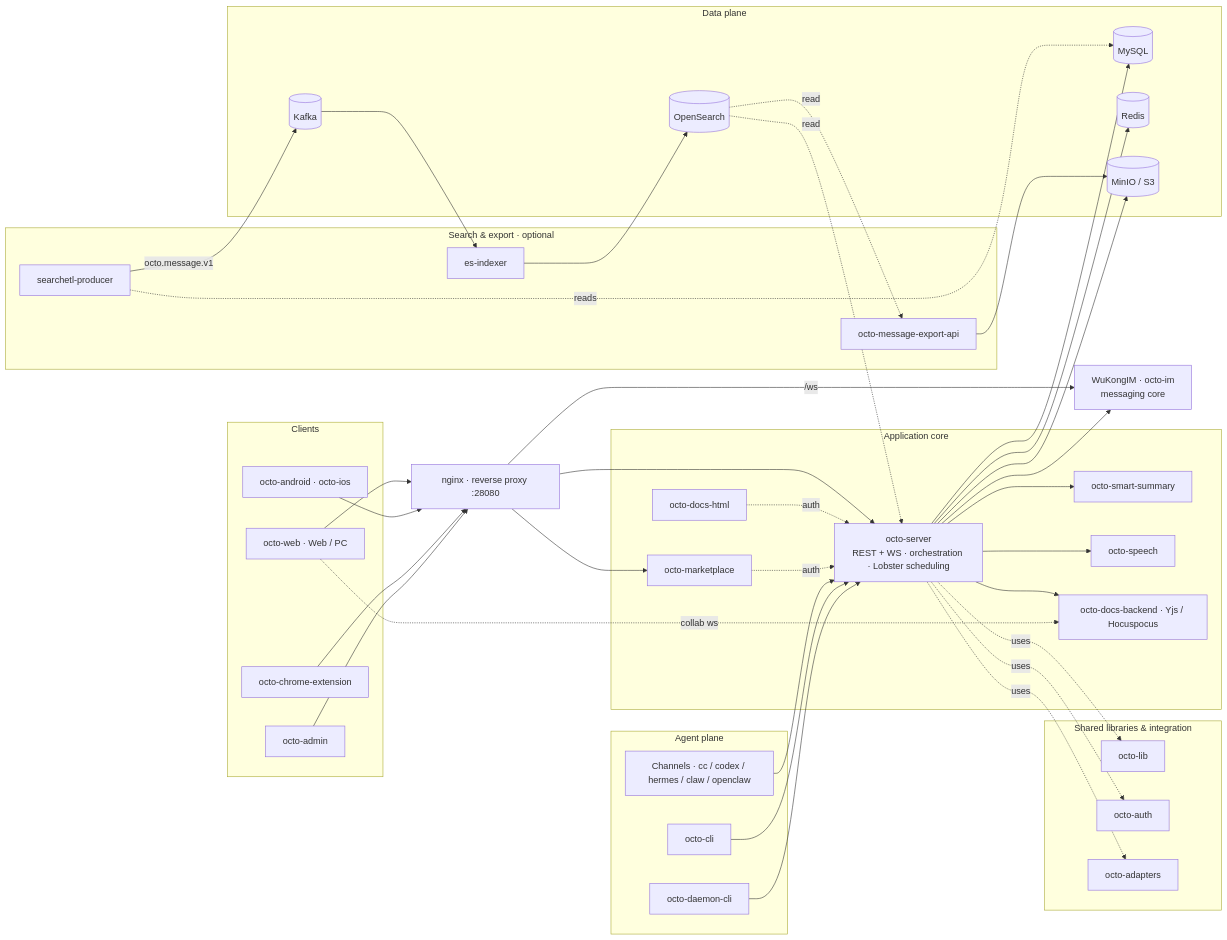
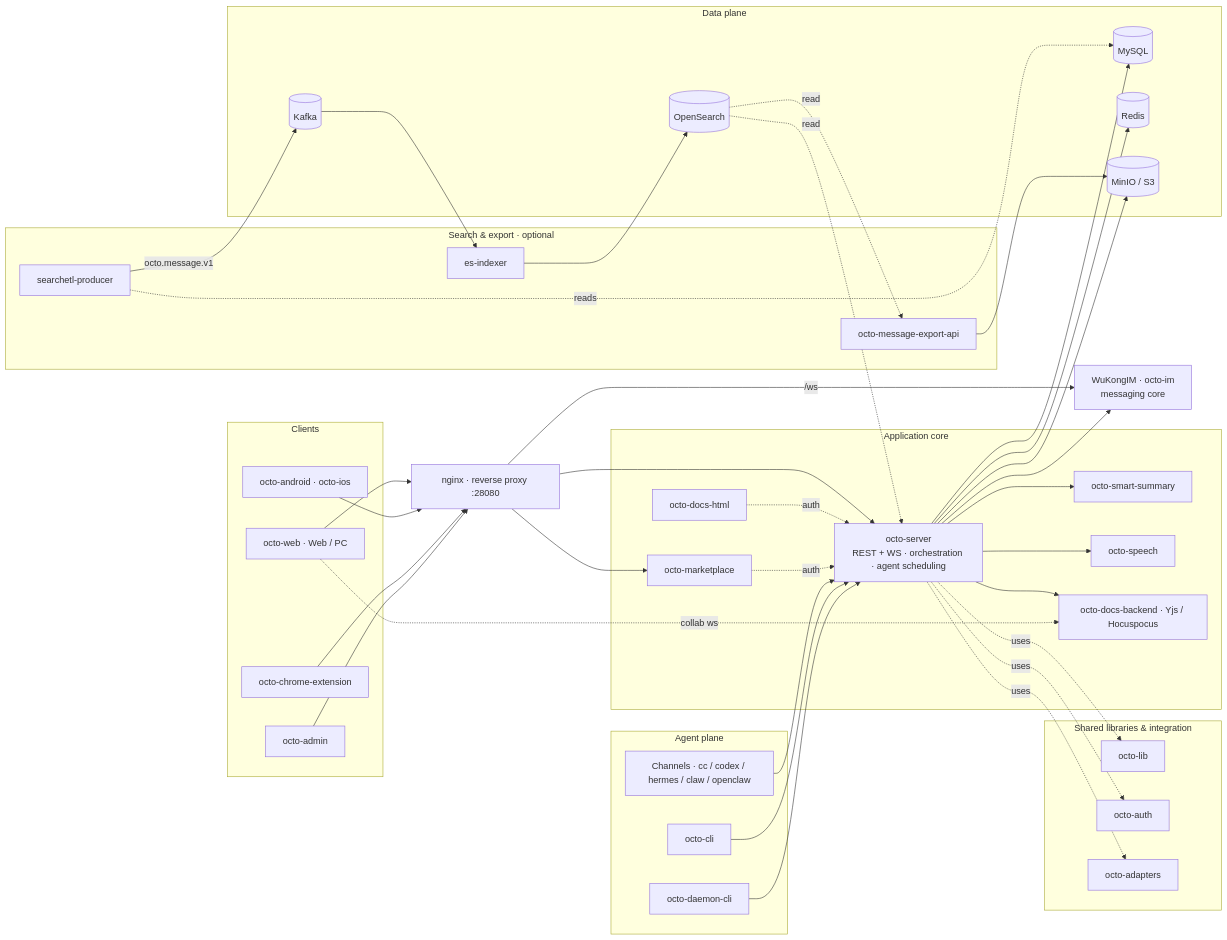
The diagram in concepts/architecture-overview.mdx (Mininglamp-OSS/octo-docs), drawn with Mermaid before and after one commit. The commit also changed other lines of this file and 38 other files, not shown here.

First line of the commit message:
docs: retire Lobster/Bot → Agent model (Phase 1: conceptual core) (#30)

````diff
--- a/concepts/architecture-overview.mdx
+++ b/concepts/architecture-overview.mdx
@@ -17,79 +17,79 @@
 ```mermaid
 graph LR
   subgraph clients["Clients"]
     web["octo-web · Web / PC"]
     mob["octo-android · octo-ios"]
     ext["octo-chrome-extension"]
     adm["octo-admin"]
   end
 
   nginx["nginx · reverse proxy :28080"]
 
   subgraph core["Application core"]
-    server["octo-server<br/>REST + WS · orchestration · Lobster scheduling"]
+    server["octo-server<br/>REST + WS · orchestration · agent scheduling"]
     summary["octo-smart-summary"]
     speech["octo-speech"]
     market["octo-marketplace"]
     dbe["octo-docs-backend · Yjs / Hocuspocus"]
     dhtml["octo-docs-html"]
   end
 
   im["WuKongIM · octo-im<br/>messaging core"]
 
   subgraph agents["Agent plane"]
     chan["Channels · cc / codex / hermes / claw / openclaw"]
     cli["octo-cli"]
     daemon["octo-daemon-cli"]
   end
 
   subgraph pipe["Search & export · optional"]
     prod["searchetl-producer"]
     esi["es-indexer"]
     exp["octo-message-export-api"]
   end
 
   subgraph data["Data plane"]
     my[("MySQL")]
     rd[("Redis")]
     obj[("MinIO / S3")]
     kf[("Kafka")]
     osx[("OpenSearch")]
   end
 
   subgraph shared["Shared libraries & integration"]
     lib["octo-lib"]
     auth["octo-auth"]
     adp["octo-adapters"]
   end
 
   web --> nginx
   mob --> nginx
   ext --> nginx
   adm --> nginx
   nginx --> server
   nginx --> market
   nginx -->|/ws| im
   server --> im
   server --> summary
   server --> speech
   server --> dbe
   dhtml -. auth .-> server
   market -. auth .-> server
   web -. collab ws .-> dbe
   server --> my
   server --> rd
   server --> obj
   chan --> server
   cli --> server
   daemon --> server
   prod -. reads .-> my
   prod -->|octo.message.v1| kf
   kf --> esi
   esi --> osx
   osx -. read .-> server
   osx -. read .-> exp
   exp --> obj
   server -. uses .-> lib
   server -. uses .-> auth
   server -. uses .-> adp
 ```
````
